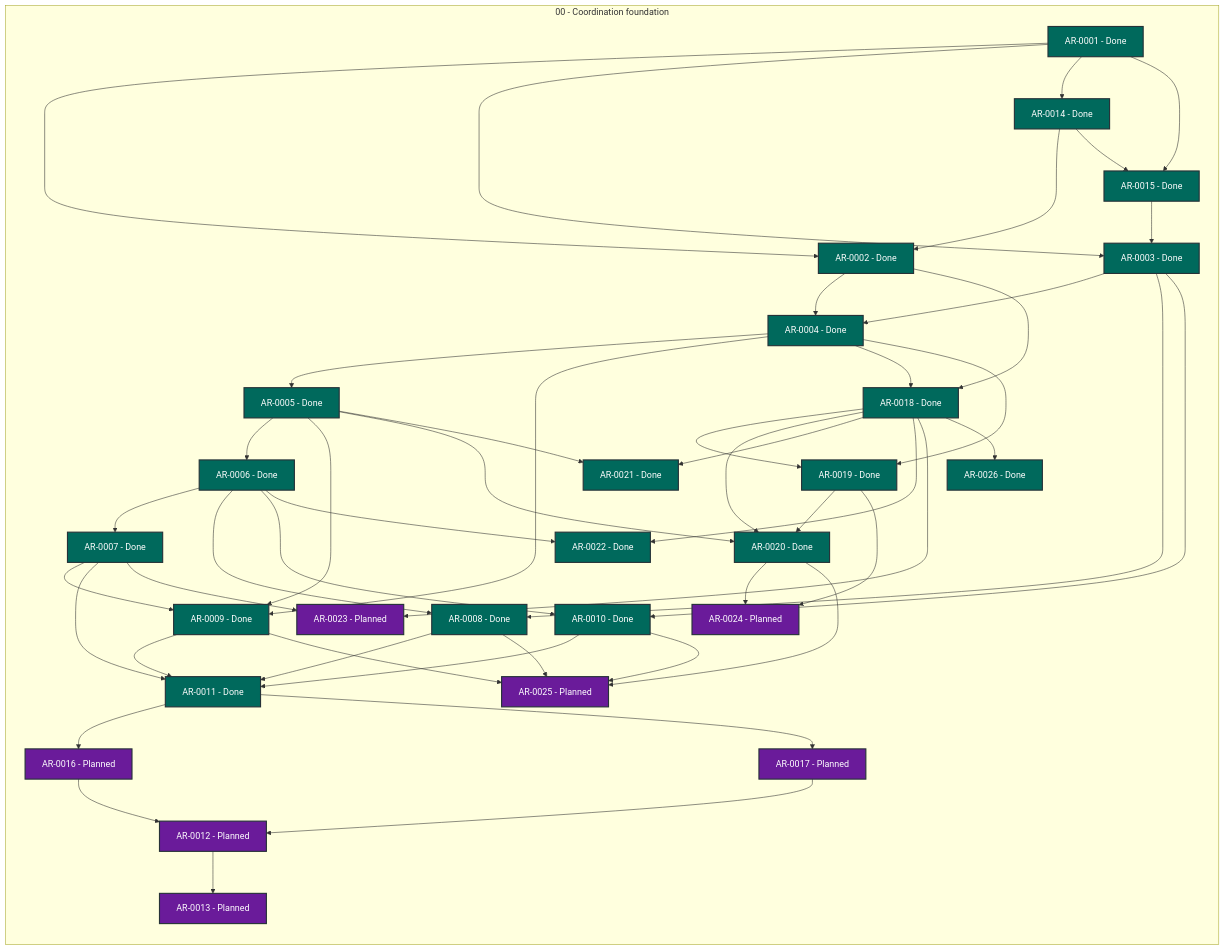
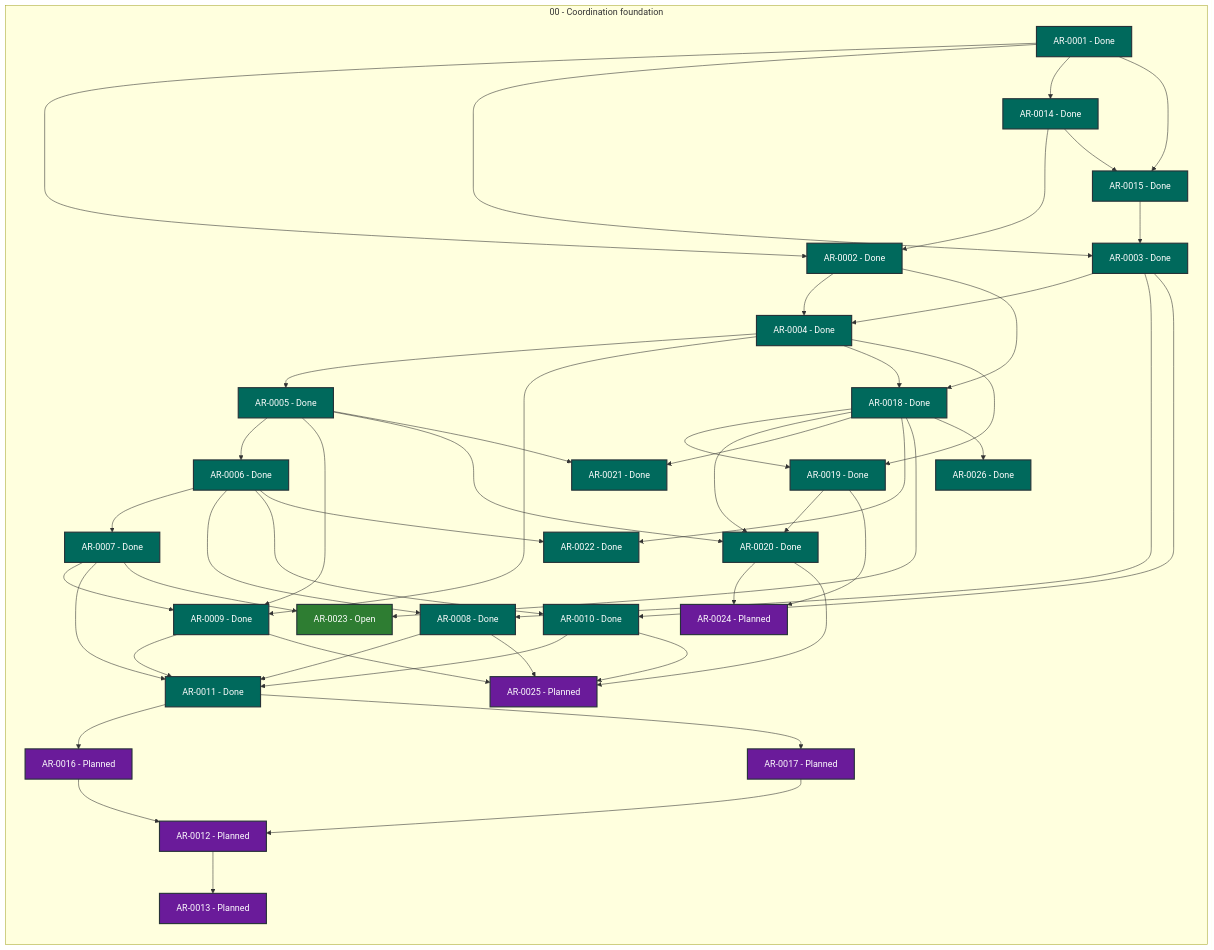
The diagram in STATUS.md (martin-beck/agent-workflow-tui-state), drawn with Mermaid before and after one commit. The commit also changed other lines of this file and 2 other files, not shown here.

```diff
--- a/STATUS.md
+++ b/STATUS.md
@@ -50,7 +50,7 @@
         AR_0020["AR-0020 - Done"]:::status_done
         AR_0021["AR-0021 - Done"]:::status_done
         AR_0022["AR-0022 - Done"]:::status_done
-        AR_0023["AR-0023 - Planned"]:::status_planned
+        AR_0023["AR-0023 - Open"]:::status_open
         AR_0024["AR-0024 - Planned"]:::status_planned
         AR_0025["AR-0025 - Planned"]:::status_planned
         AR_0026["AR-0026 - Done"]:::status_done
```
